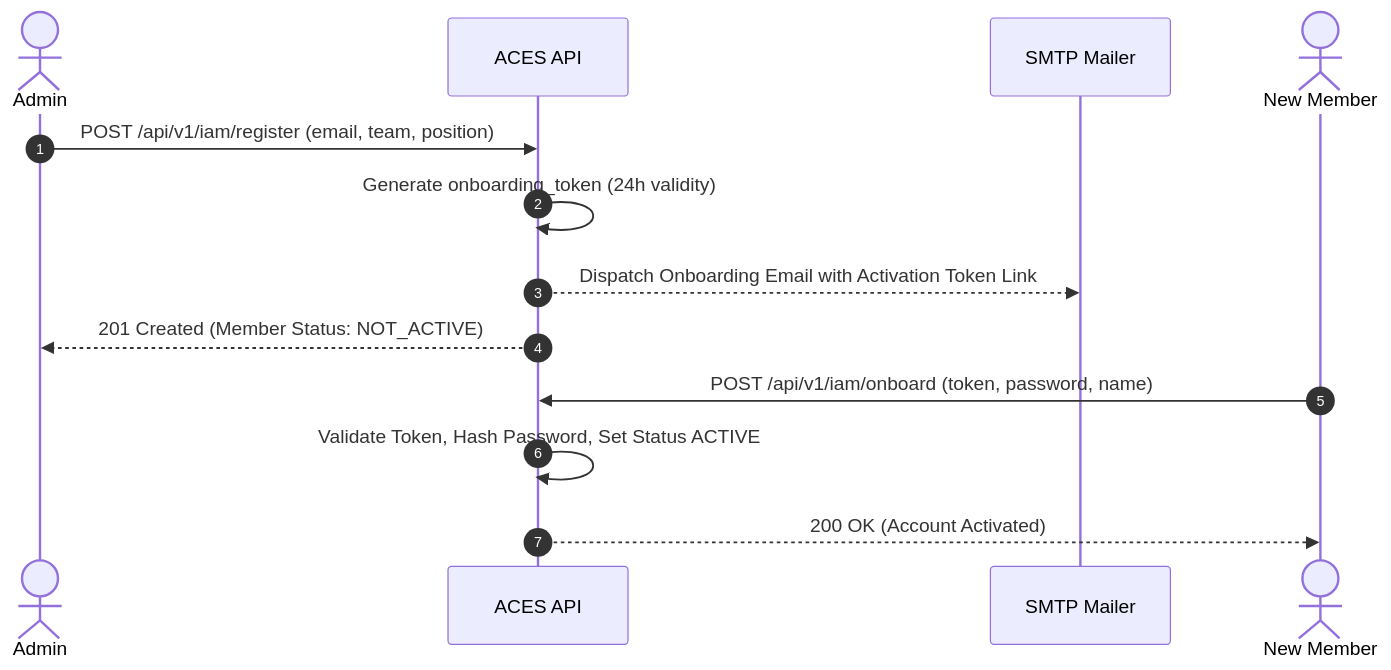
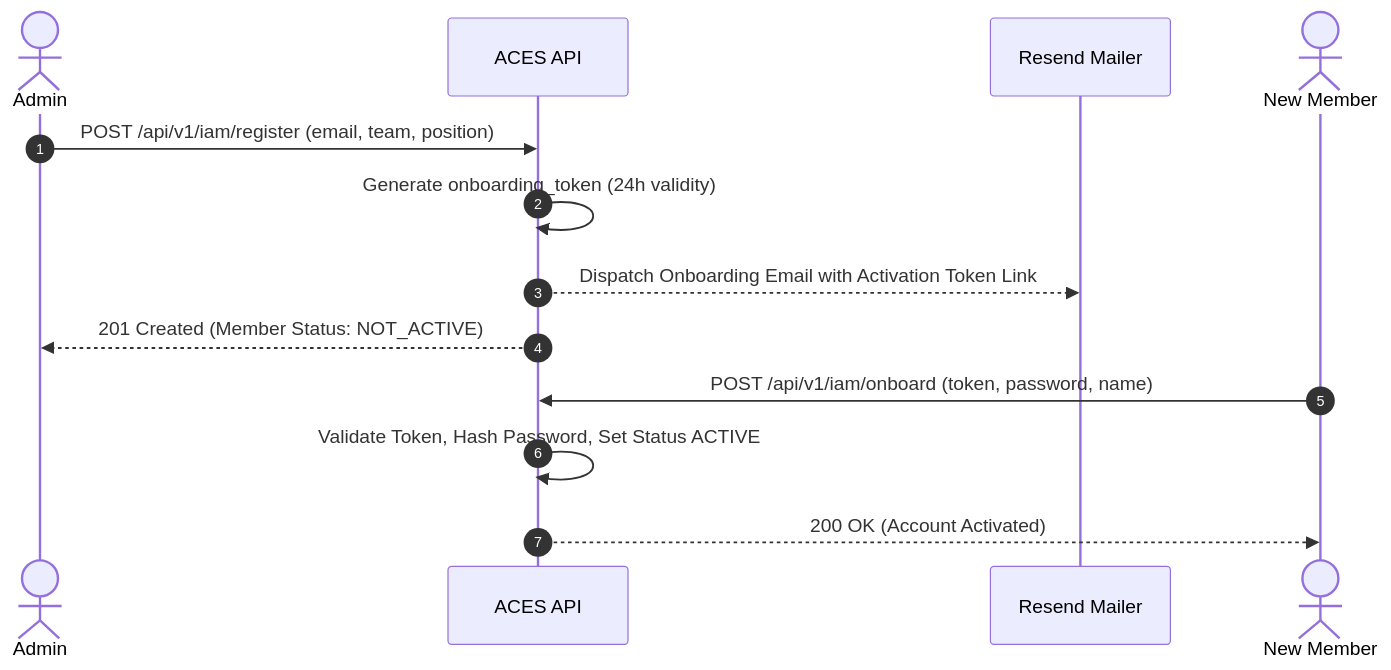
One commit to ACES-PVGCOET/aces-api changed the diagram in docs/API_DOCS.md. Above: the diagram before and after it, drawn with Mermaid. The commit also changed 6 other files, not shown here.

````diff
--- a/docs/API_DOCS.md
+++ b/docs/API_DOCS.md
@@ -127,16 +127,16 @@
 ```mermaid
 sequenceDiagram
     autonumber
     actor Admin
     participant API as ACES API
-    participant Mail as SMTP Mailer
+    participant Mail as Resend Mailer
     actor User as New Member
 
     Admin->>API: POST /api/v1/iam/register (email, team, position)
     API->>API: Generate onboarding_token (24h validity)
     API-->>Mail: Dispatch Onboarding Email with Activation Token Link
     API-->>Admin: 201 Created (Member Status: NOT_ACTIVE)
     User->>API: POST /api/v1/iam/onboard (token, password, name)
     API->>API: Validate Token, Hash Password, Set Status ACTIVE
     API-->>User: 200 OK (Account Activated)
 ```
````
